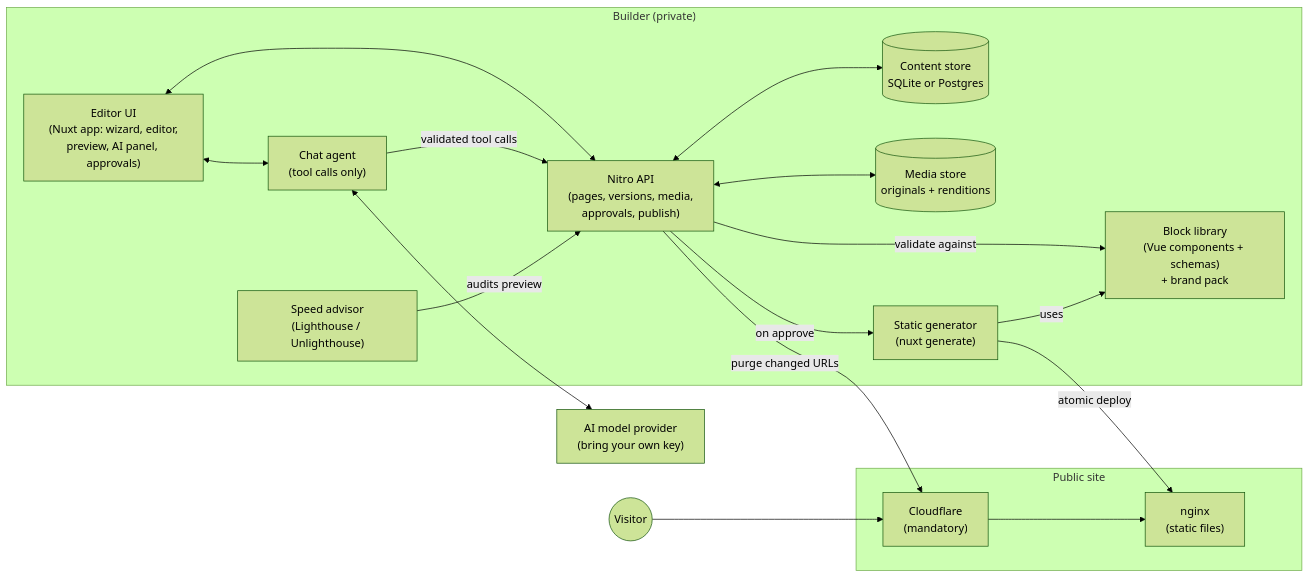
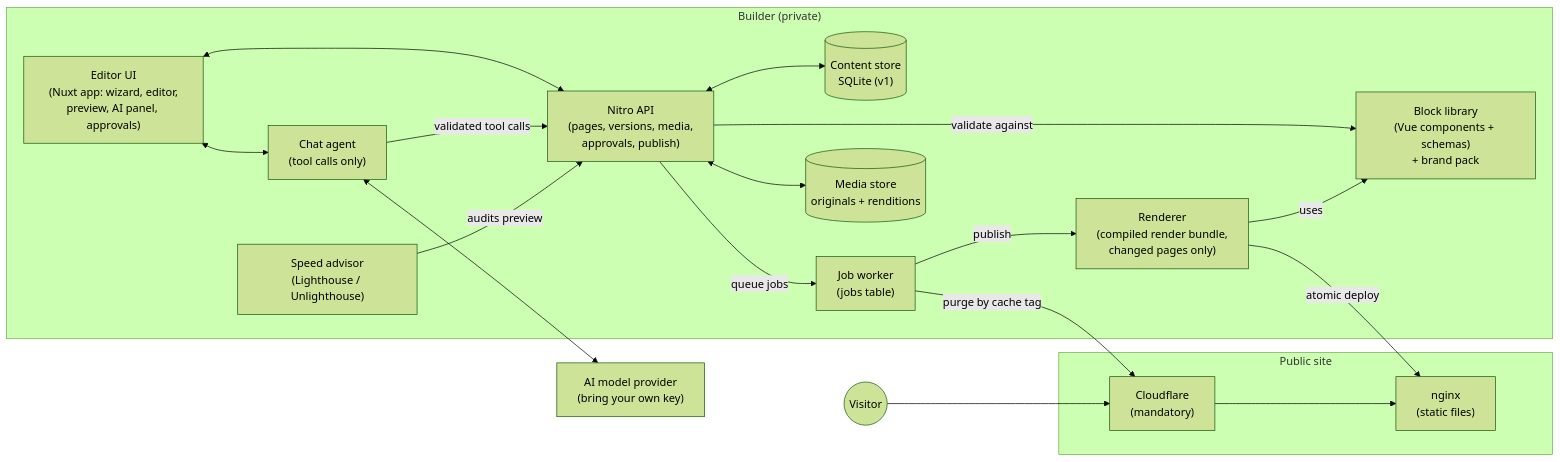
One commit to unkn0wn1/sitebuilder changed the diagram in docs/02-architecture.md. Above: the diagram before and after it, drawn with Mermaid (forest theme). The commit also changed other lines of this file and 13 other files, not shown here.

````diff
--- a/docs/02-architecture.md
+++ b/docs/02-architecture.md
@@ -14,36 +14,38 @@
 ```mermaid
 flowchart LR
   subgraph Builder["Builder (private)"]
     UI["Editor UI<br/>(Nuxt app: wizard, editor,<br/>preview, AI panel, approvals)"]
     Agent["Chat agent<br/>(tool calls only)"]
     API["Nitro API<br/>(pages, versions, media,<br/>approvals, publish)"]
-    DB[("Content store<br/>SQLite or Postgres")]
+    DB[("Content store<br/>SQLite (v1)")]
+    Jobs["Job worker<br/>(jobs table)"]
     Media[("Media store<br/>originals + renditions")]
     Blocks["Block library<br/>(Vue components + schemas)<br/>+ brand pack"]
-    Gen["Static generator<br/>(nuxt generate)"]
+    Gen["Renderer<br/>(compiled render bundle,<br/>changed pages only)"]
     Advisor["Speed advisor<br/>(Lighthouse / Unlighthouse)"]
   end
 
   LLM["AI model provider<br/>(bring your own key)"]
 
   subgraph Public["Public site"]
     Nginx["nginx<br/>(static files)"]
     CF["Cloudflare<br/>(mandatory)"]
   end
 
   Visitor(("Visitor"))
 
   UI <--> API
   UI <--> Agent
   Agent <--> LLM
   Agent -- "validated tool calls" --> API
   API <--> DB
   API <--> Media
   API -- "validate against" --> Blocks
-  API -- "on approve" --> Gen
+  API -- "queue jobs" --> Jobs
+  Jobs -- "publish" --> Gen
   Gen -- "uses" --> Blocks
   Gen -- "atomic deploy" --> Nginx
-  API -- "purge changed URLs" --> CF
+  Jobs -- "purge by cache tag" --> CF
   Advisor -- "audits preview" --> API
   Visitor --> CF --> Nginx
 ```
````
